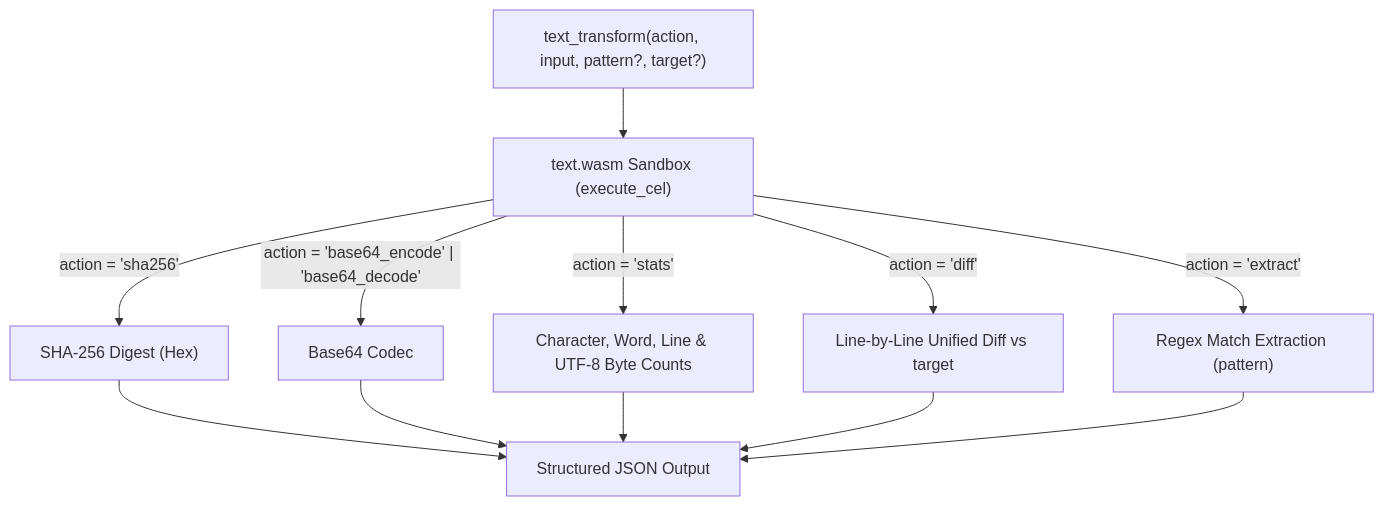
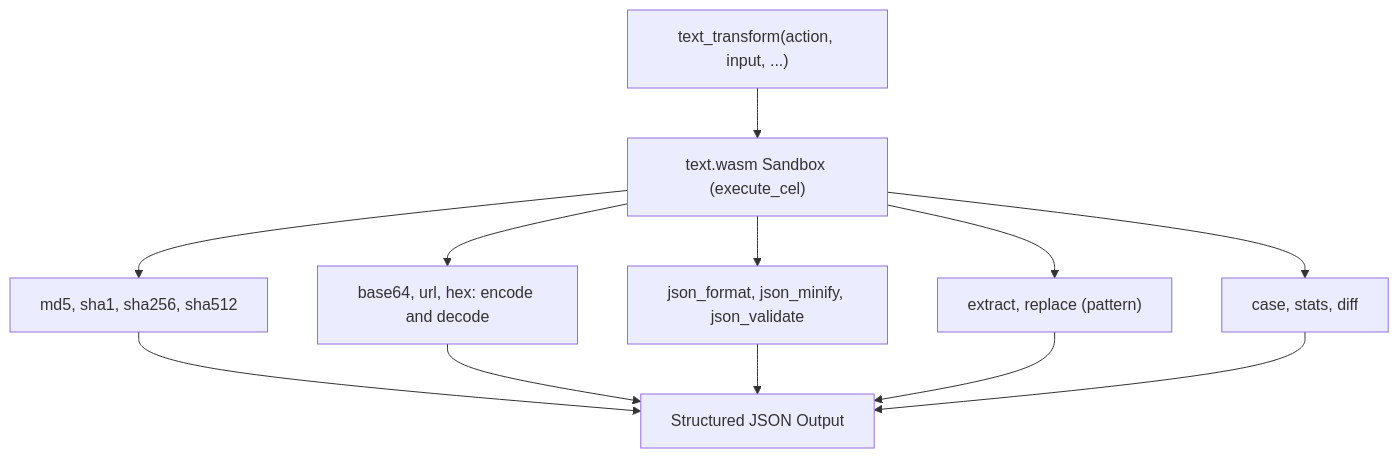
One commit to cluaiz/cluaiz-tools changed the diagram in plugins/text/README.md. Above: the diagram before and after it, drawn with Mermaid. The commit also changed other lines of this file and 5 other files, not shown here.

First line of the commit message:
feat(text): hashes, URL and hex encoding, JSON tools, case conversion and regex replace

````diff
--- a/plugins/text/README.md
+++ b/plugins/text/README.md
@@ -14,10 +14,10 @@
 ```mermaid
 flowchart TD
-    Call["text_transform(action, input, pattern?, target?)"] --> Wasm["text.wasm Sandbox (execute_cel)"]
-    Wasm -->|"action = 'sha256'"| Hash["SHA-256 Digest (Hex)"]
-    Wasm -->|"action = 'base64_encode' | 'base64_decode'"| B64["Base64 Codec"]
-    Wasm -->|"action = 'stats'"| Stats["Character, Word, Line & UTF-8 Byte Counts"]
-    Wasm -->|"action = 'diff'"| Diff["Line-by-Line Unified Diff vs target"]
-    Wasm -->|"action = 'extract'"| Regex["Regex Match Extraction (pattern)"]
-    Hash & B64 & Stats & Diff & Regex --> Resp["Structured JSON Output"]
+    Call["text_transform(action, input, ...)"] --> Wasm["text.wasm Sandbox (execute_cel)"]
+    Wasm --> Hash["md5, sha1, sha256, sha512"]
+    Wasm --> Codec["base64, url, hex: encode and decode"]
+    Wasm --> Json["json_format, json_minify, json_validate"]
+    Wasm --> Regex["extract, replace (pattern)"]
+    Wasm --> Words["case, stats, diff"]
+    Hash & Codec & Json & Regex & Words --> Resp["Structured JSON Output"]
 ```
````
